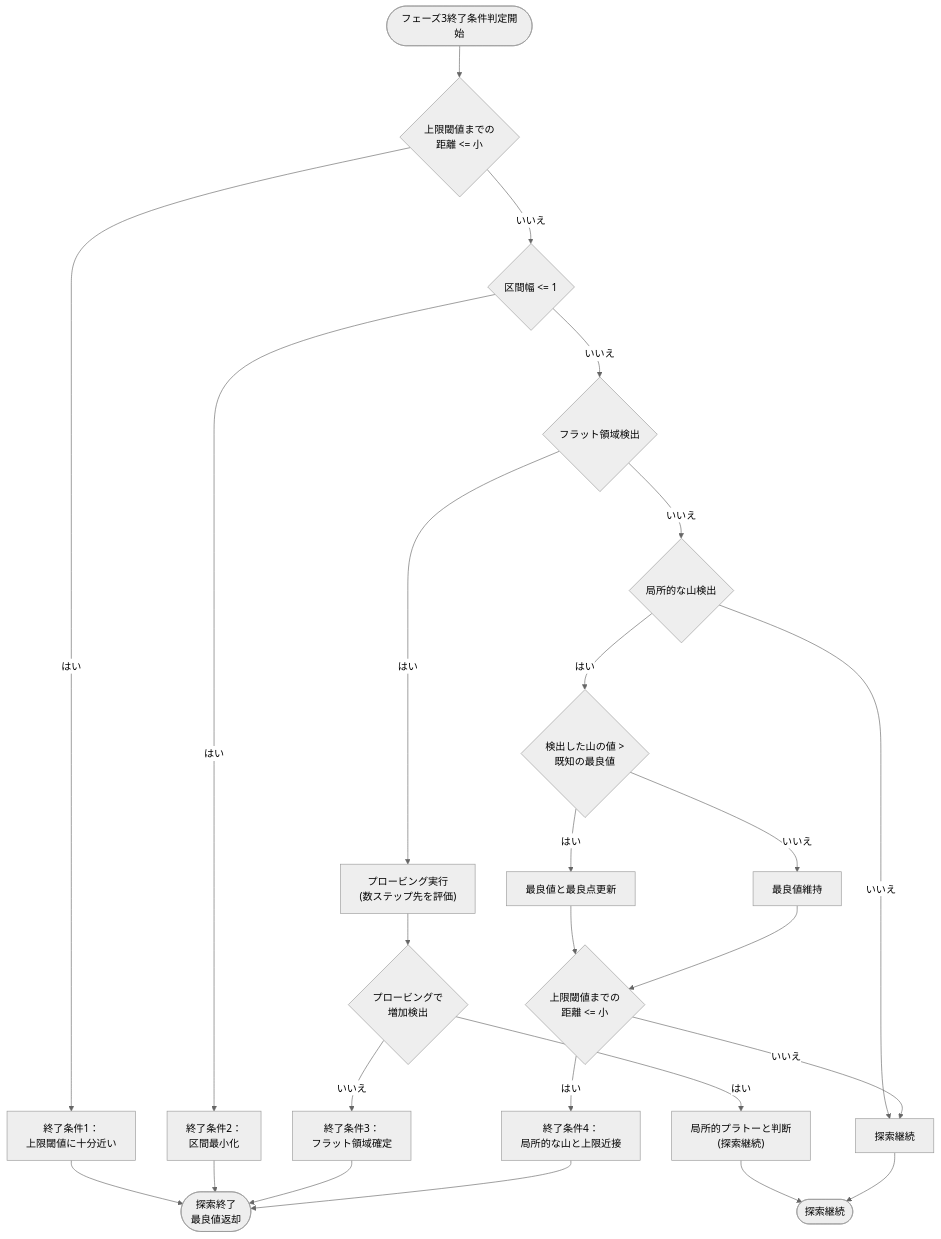
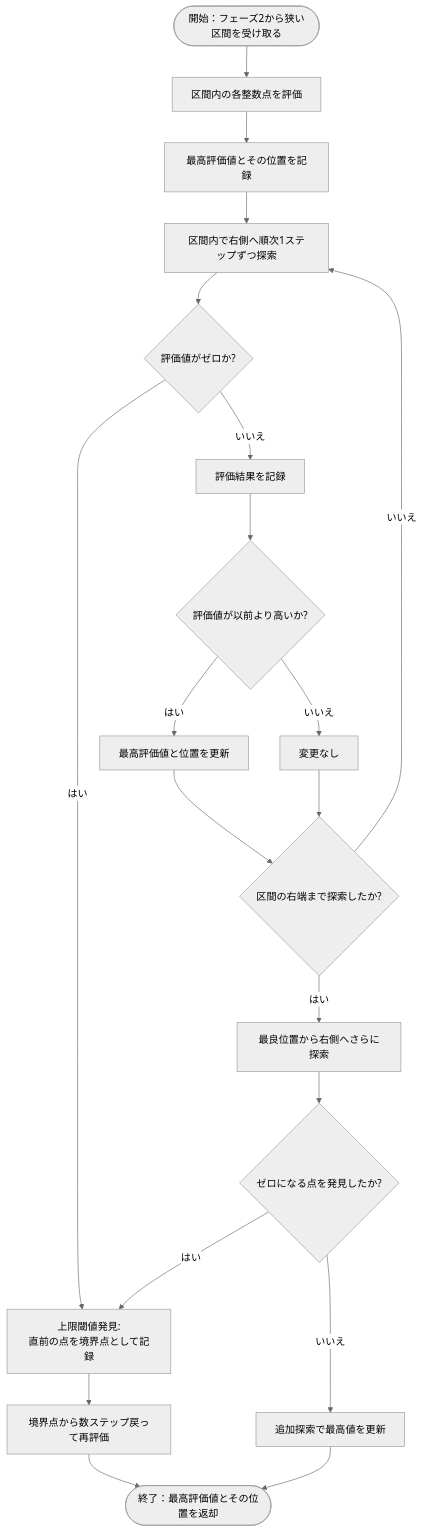
Before and after one commit to fathens/zaciraci: the second of 2 diagrams in diagram/optimization_algorithm/phase3.md, drawn with Mermaid (neutral theme). The commit also changed other lines of this file, not shown here.

````diff
--- a/diagram/optimization_algorithm/phase3.md
+++ b/diagram/optimization_algorithm/phase3.md
@@ -32,37 +34,28 @@
 ```mermaid
 graph TD
-    A(["フェーズ3終了条件判定開始"]) --> B{"上限閾値までの<br>距離 <= 小"}
+    A(["開始：フェーズ2から狭い区間を受け取る"]) --> B["区間内の各整数点を評価"]
+    B --> C["最高評価値とその位置を記録"]
+    C --> D["区間内で右側へ順次1ステップずつ探索"]
+    D --> E{"評価値がゼロか?"}
     
-    B -->|"はい"| C["終了条件1：<br>上限閾値に十分近い"]
-    B -->|"いいえ"| D{"区間幅 <= 1"}
+    E -->|"いいえ"| F["評価結果を記録"]
+    F --> G{"評価値が以前より高いか?"}
+    G -->|"はい"| H["最高評価値と位置を更新"]
+    G -->|"いいえ"| I["変更なし"]
     
-    D -->|"はい"| E["終了条件2：<br>区間最小化"]
-    D -->|"いいえ"| F{"フラット領域検出"}
+    H --> J{"区間の右端まで探索したか?"}
+    I --> J
     
-    F -->|"はい"| G["プロービング実行<br>(数ステップ先を評価)"]
-    F -->|"いいえ"| H{"局所的な山検出"}
+    J -->|"いいえ"| D
+    J -->|"はい"| K["最良位置から右側へさらに探索"]
     
-    G --> I{"プロービングで<br>増加検出"}
+    E -->|"はい"| L["上限閾値発見:\n直前の点を境界点として記録"]
+    L --> M["境界点から数ステップ戻って再評価"]
     
-    I -->|"はい"| J["局所的プラトーと判断<br>(探索継続)"]
-    I -->|"いいえ"| K["終了条件3：<br>フラット領域確定"]
+    K --> N{"ゼロになる点を発見したか?"}
+    N -->|"はい"| L
+    N -->|"いいえ"| O["追加探索で最高値を更新"]
     
-    H -->|"はい"| L{"検出した山の値 ><br>既知の最良値"}
-    H -->|"いいえ"| M["探索継続"]
-    
-    L -->|"はい"| N["最良値と最良点更新"]
-    L -->|"いいえ"| O["最良値維持"]
-    
-    N --> P{"上限閾値までの<br>距離 <= 小"}
+    M --> P(["終了：最高評価値とその位置を返却"])
     O --> P
-    
-    P -->|"はい"| Q["終了条件4：<br>局所的な山と上限近接"]
-    P -->|"いいえ"| M
-    
-    C --> R(["探索終了<br>最良値返却"])
-    E --> R
-    K --> R
-    Q --> R
-    J --> S(["探索継続"])
-    M --> S
 ```
````
